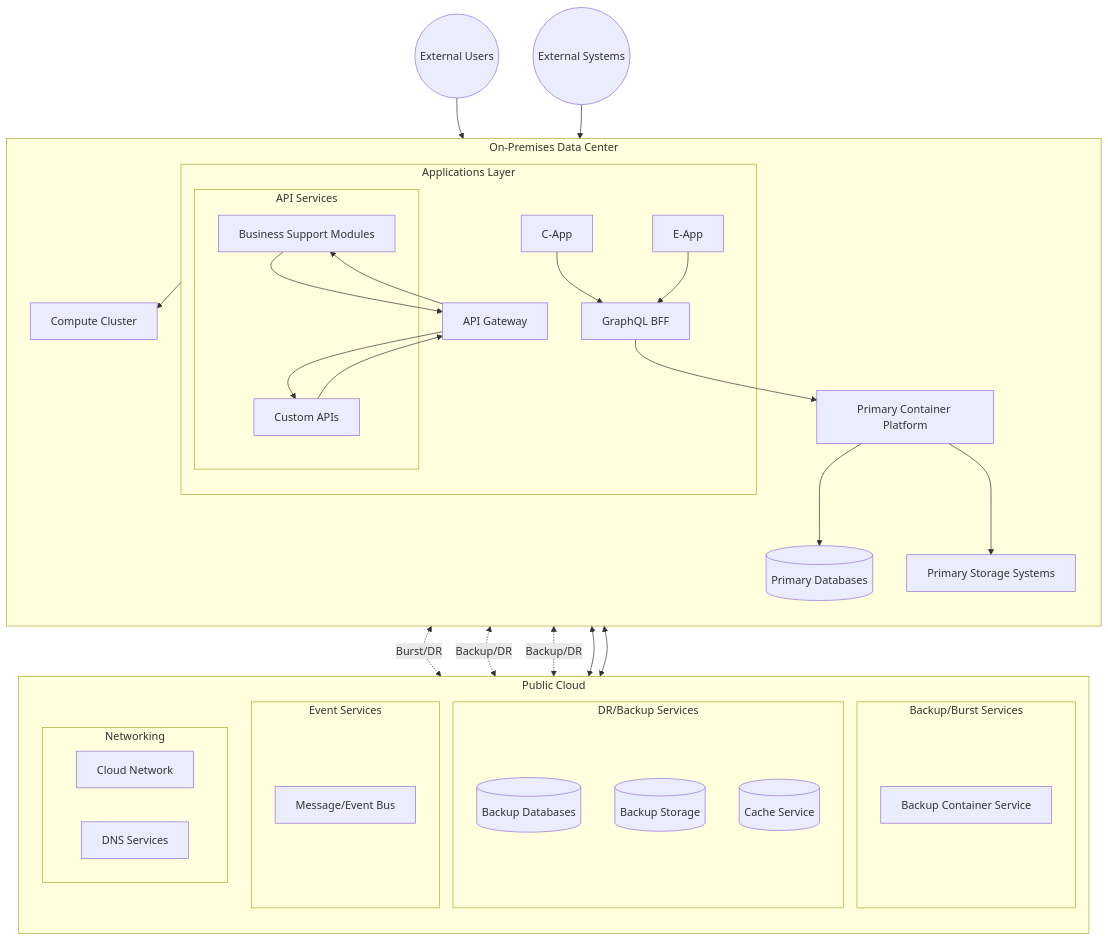
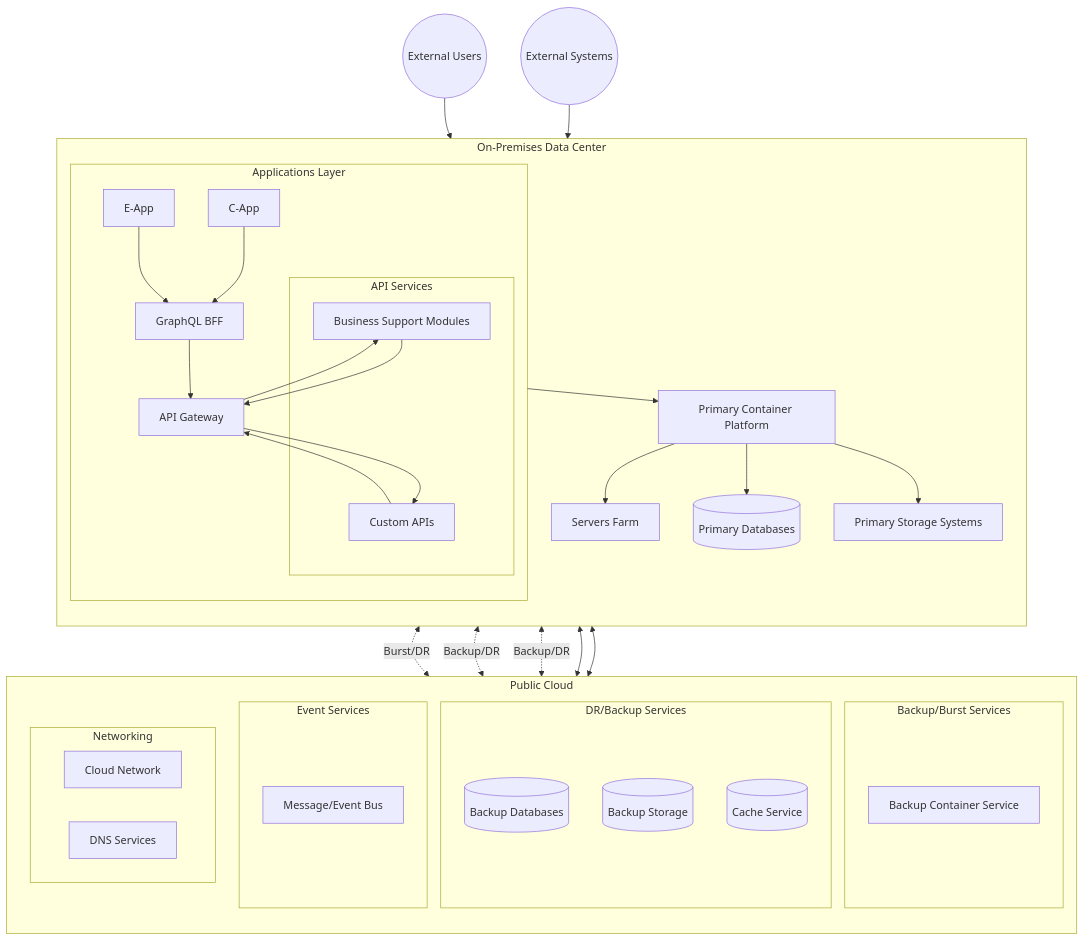
The diagram in Generic-HybridCloud.md (henryrestive/infra-docs), drawn with Mermaid before and after one commit. The commit also changed other lines of this file and 2 other files, not shown here.

Commit message:
Revising mermaid diagrams

````diff
--- a/Generic-HybridCloud.md
+++ b/Generic-HybridCloud.md
@@ -8,61 +8,62 @@
 ```mermaid
 graph TB
     subgraph OnPrem[On-Premises Data Center]
         direction TB
         subgraph Apps[Applications Layer]
             CApp[C-App]
             EApp[E-App]
             subgraph API[API Services]
                 BSM[Business Support Modules]
                 CustomAPI[Custom APIs]
             end
             BFF[GraphQL BFF]
             Gateway[API Gateway]
         end
         
         ContainerPlatform[Primary Container Platform]
+        ServersFarm[Servers Farm]
         PrimaryDB[(Primary Databases)]
         PrimaryStorage[Primary Storage Systems]
-        ComputeCluster[Compute Cluster]
     end
 
     subgraph Cloud[Public Cloud]
         direction TB
         subgraph Compute[Backup/Burst Services]
             BackupContainers[Backup Container Service]
         end
         
         subgraph Data[DR/Backup Services]
             BackupDB[(Backup Databases)]
             BackupStorage[(Backup Storage)]
             Cache[(Cache Service)]
         end
         
         subgraph Messaging[Event Services]
             EventBus[Message/Event Bus]
         end
         
         subgraph Network[Networking]
             CloudNet[Cloud Network]
             DNS[DNS Services]
         end
     end
 
     ExternalUsers((External Users))
     ExternalSystems((External Systems))
 
     CApp & EApp --> BFF
+    BFF --> Gateway
     BSM & CustomAPI --> Gateway
     Gateway --> BSM
     Gateway --> CustomAPI
     ExternalUsers --> Gateway
     ExternalSystems --> Gateway
-    BFF --> ContainerPlatform
+    Apps --> ContainerPlatform
+    ContainerPlatform --> ServersFarm
     ContainerPlatform --> PrimaryDB
     ContainerPlatform --> PrimaryStorage
-    Apps --> ComputeCluster
     ContainerPlatform <-.->|Burst/DR| BackupContainers
     PrimaryDB <-.->|Backup/DR| BackupDB
     PrimaryStorage <-.->|Backup/DR| BackupStorage
     BSM & CustomAPI <--> EventBus
 ```
````
